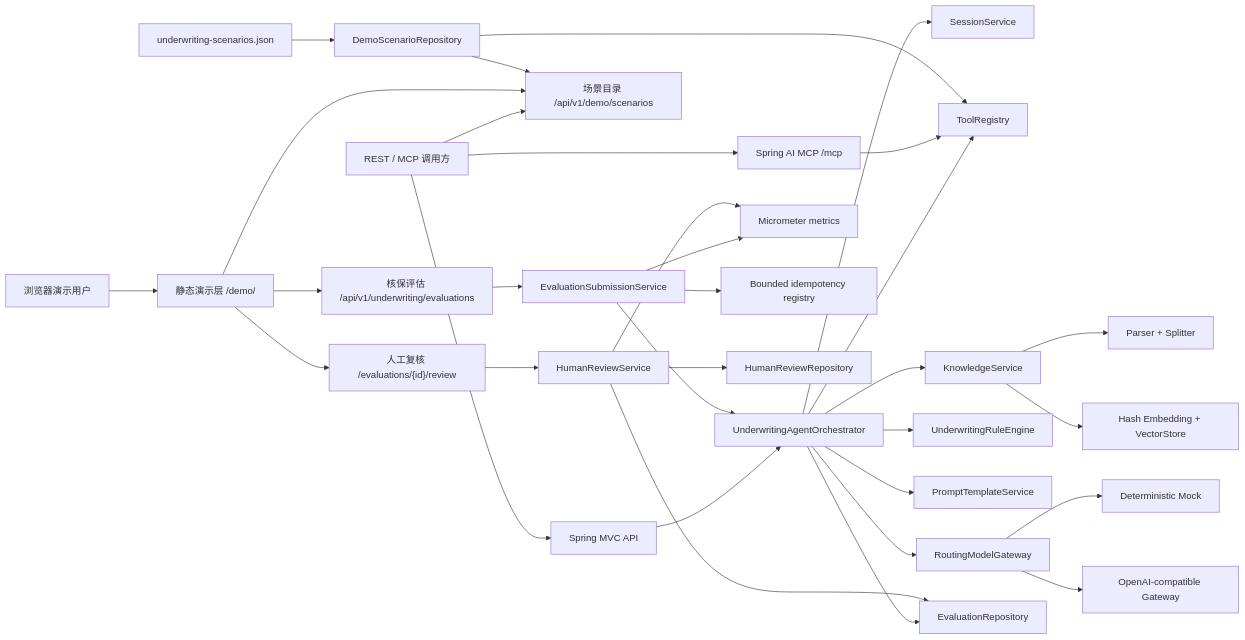
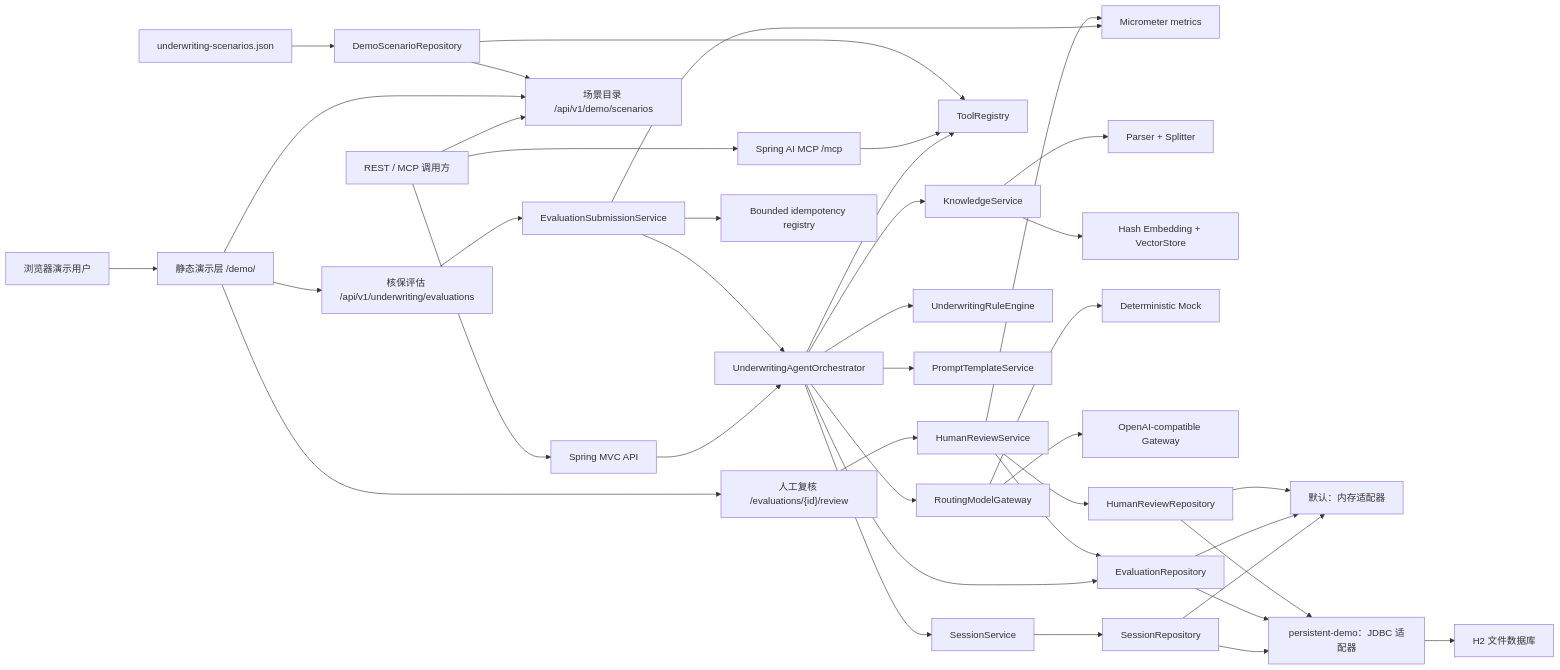
One commit to hrniux/insurance-underwriting-agent-demo changed the diagram in docs/ARCHITECTURE.md. Above: the diagram before and after it, drawn with Mermaid. The commit also changed other lines of this file and 18 other files, not shown here.

````diff
--- a/docs/ARCHITECTURE.md
+++ b/docs/ARCHITECTURE.md
@@ -11,34 +11,42 @@
 ```mermaid
 flowchart LR
     User["REST / MCP 调用方"] --> API["Spring MVC API"]
     User --> MCP["Spring AI MCP /mcp"]
     User --> DemoAPI["场景目录 /api/v1/demo/scenarios"]
     DemoUser["浏览器演示用户"] --> Console["静态演示层 /demo/"]
     Console --> DemoAPI
     Console --> EvaluationAPI["核保评估 /api/v1/underwriting/evaluations"]
     Console --> ReviewAPI["人工复核 /evaluations/{id}/review"]
     API --> Agent["UnderwritingAgentOrchestrator"]
     EvaluationAPI --> Submission["EvaluationSubmissionService"]
     Submission --> Agent
     Submission --> Metrics["Micrometer metrics"]
     Submission --> Idempotency["Bounded idempotency registry"]
     Agent --> Session["SessionService"]
     Agent --> Tools["ToolRegistry"]
     MCP --> Tools
     Data["underwriting-scenarios.json"] --> Scenarios["DemoScenarioRepository"]
     Scenarios --> Tools
     Scenarios --> DemoAPI
     Agent --> RAG["KnowledgeService"]
     RAG --> Split["Parser + Splitter"]
     RAG --> Vector["Hash Embedding + VectorStore"]
     Agent --> Rules["UnderwritingRuleEngine"]
     Agent --> Prompt["PromptTemplateService"]
     Agent --> Router["RoutingModelGateway"]
     Router --> Mock["Deterministic Mock"]
     Router --> Compatible["OpenAI-compatible Gateway"]
     Agent --> Evaluation["EvaluationRepository"]
+    Session --> SessionRepository["SessionRepository"]
     ReviewAPI --> ReviewService["HumanReviewService"]
     ReviewService --> Evaluation
     ReviewService --> ReviewRepository["HumanReviewRepository"]
     ReviewService --> Metrics
+    SessionRepository --> MemoryAdapters["默认：内存适配器"]
+    Evaluation --> MemoryAdapters
+    ReviewRepository --> MemoryAdapters
+    SessionRepository --> JdbcAdapters["persistent-demo：JDBC 适配器"]
+    Evaluation --> JdbcAdapters
+    ReviewRepository --> JdbcAdapters
+    JdbcAdapters --> H2["H2 文件数据库"]
 ```
````
